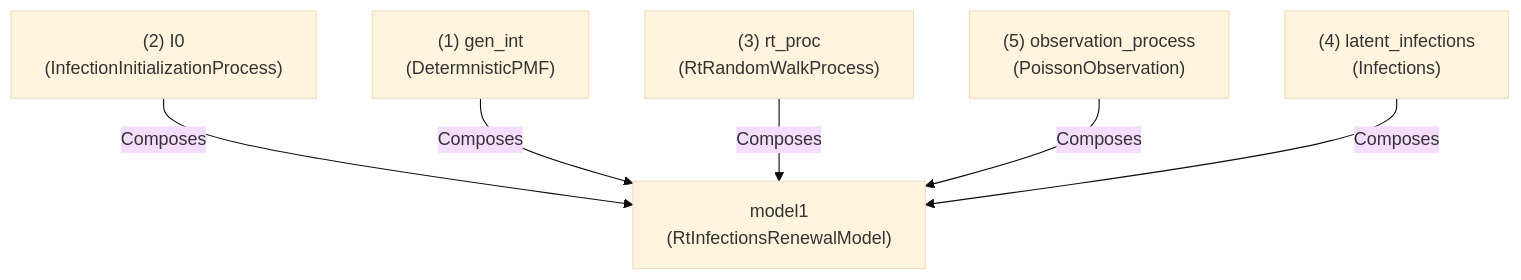
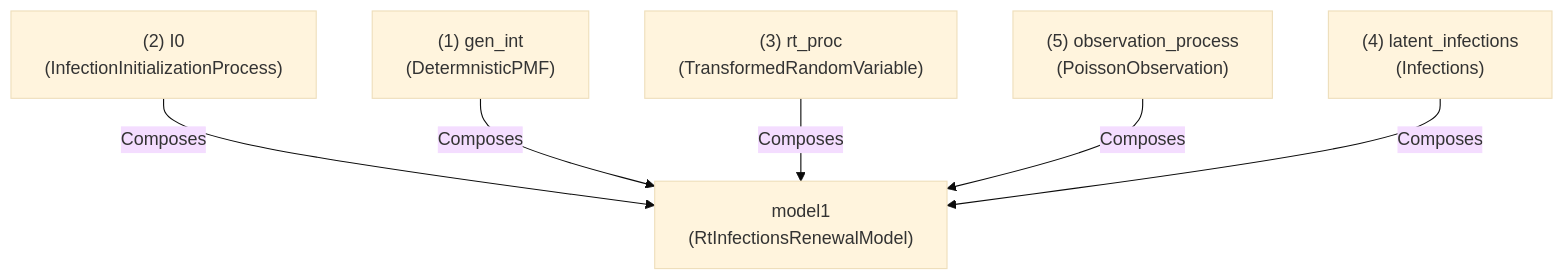
The second of 2 diagrams in docs/source/tutorials/basic_renewal_model.qmd (CDCgov/PyRenew), drawn with Mermaid (base theme) before and after one commit. The commit also changed other lines of this file and 4 other files, not shown here.

````diff
--- a/docs/source/tutorials/basic_renewal_model.qmd
+++ b/docs/source/tutorials/basic_renewal_model.qmd
@@ -153,18 +157,18 @@
 ```mermaid
 %%| label: overview-of-RtInfectionsRenewalModel
 %%| include: true
 flowchart TB
     genint["(1) gen_int\n(DetermnisticPMF)"]
     i0["(2) I0\n(InfectionInitializationProcess)"]
-    rt["(3) rt_proc\n(RtRandomWalkProcess)"]
+    rt["(3) rt_proc\n(TransformedRandomVariable)"]
     inf["(4) latent_infections\n(Infections)"]
     obs["(5) observation_process\n(PoissonObservation)"]
 
     model1["model1\n(RtInfectionsRenewalModel)"]
 
     i0-->|Composes|model1
     genint-->|Composes|model1
     rt-->|Composes|model1
     obs-->|Composes|model1
     inf-->|Composes|model1
 ```
````
